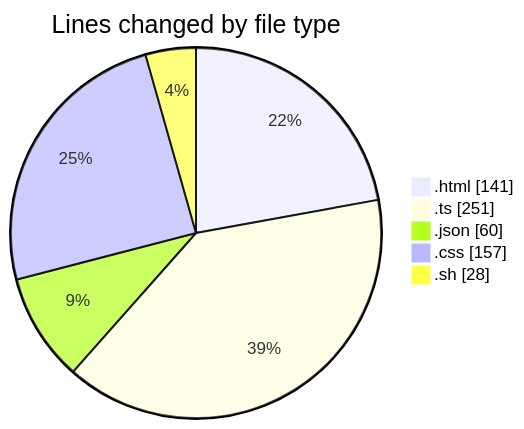
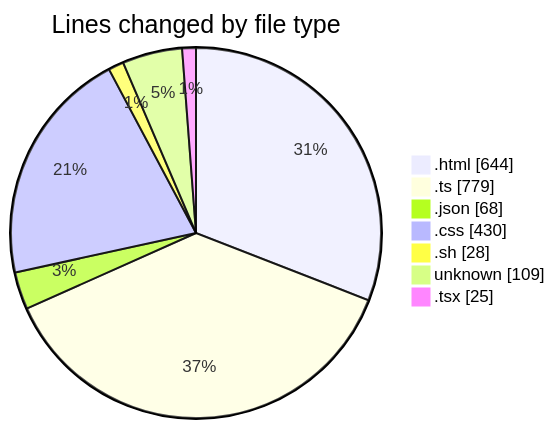
One commit to EIIisD/code-tracking changed the first of 2 diagrams in 2025-07-20/defer/README.md. Above: the diagram before and after it, drawn with Mermaid. The commit also changed other lines of this file and 1 other file, not shown here.

````diff
--- a/2025-07-20/defer/README.md
+++ b/2025-07-20/defer/README.md
@@ -29,9 +32,11 @@
 ```mermaid
 pie showData
 title Lines changed by file type
-".html" : 141
-".ts" : 251
-".json" : 60
-".css" : 157
+".html" : 644
+".ts" : 779
+".json" : 68
+".css" : 430
 ".sh" : 28
+"unknown" : 109
+".tsx" : 25
 ```
````
